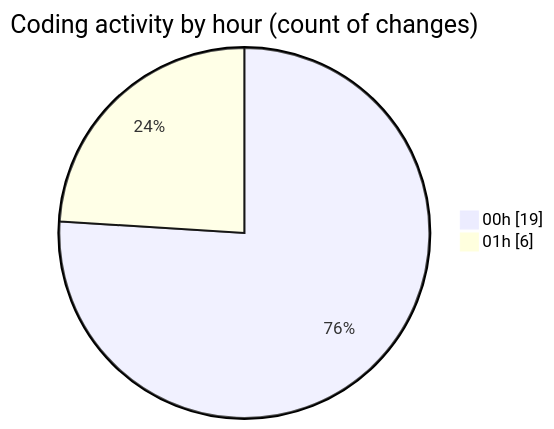
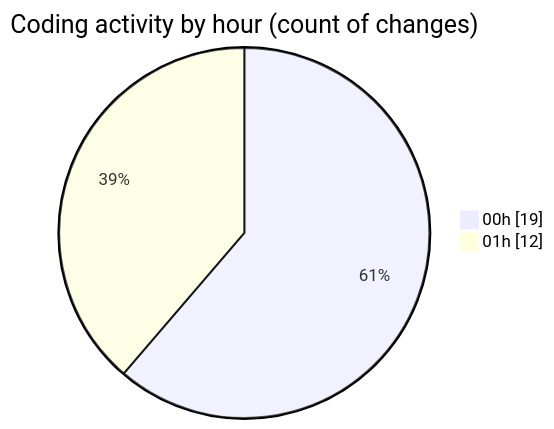
The second of 2 diagrams in 2025-12-11/technologie_web/README.md (hasnaa123/code-tracking), drawn with Mermaid before and after one commit. The commit also changed other lines of this file and 1 other file, not shown here.

````diff
--- a/2025-12-11/technologie_web/README.md
+++ b/2025-12-11/technologie_web/README.md
@@ -33,6 +33,6 @@
 ```mermaid
 pie showData
 title Coding activity by hour (count of changes)
 "00h" : 19
-"01h" : 6
+"01h" : 12
 ```
````
